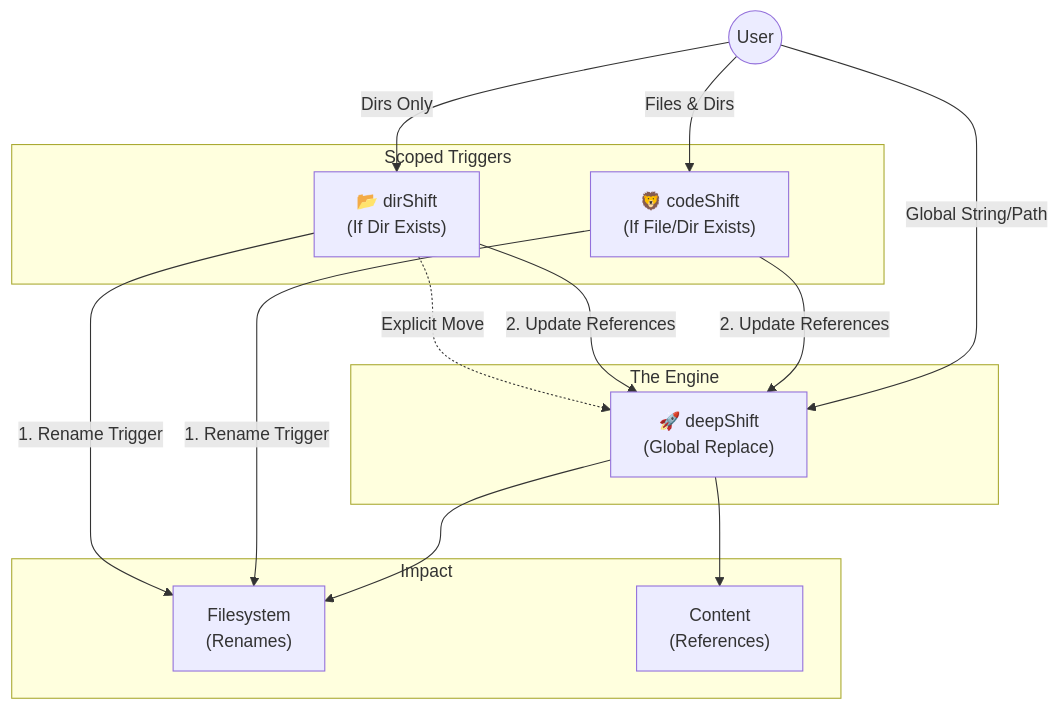
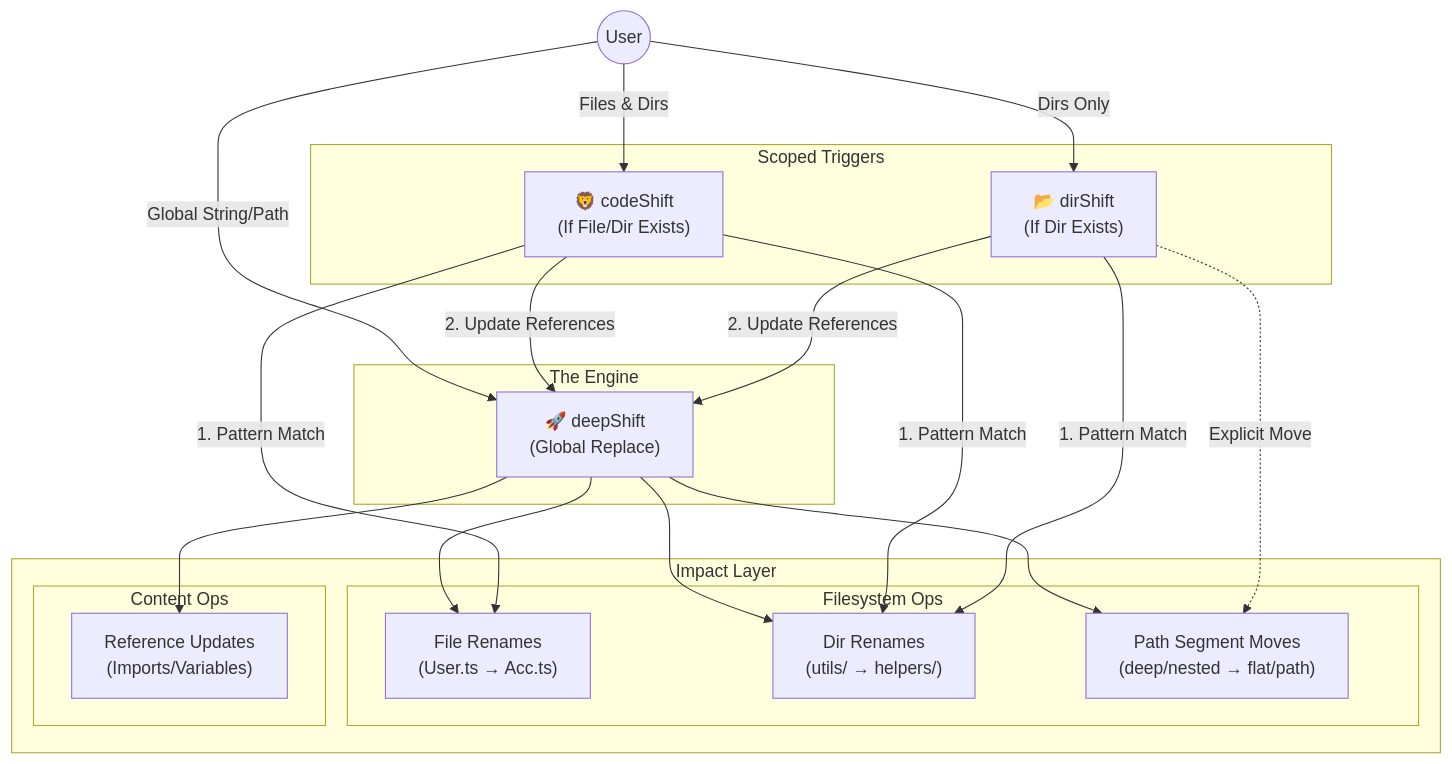
Before and after one commit to 311ecode/deepShift: the diagram in README.md, drawn with Mermaid.

Commit message:
Update DeepShift architecture diagram to clarify filesystem and content operations
uuid-stamp: 33f06d3b-6f9d-4661-a58f-32b981e3d025

````diff
--- a/README.md
+++ b/README.md
@@ -48,36 +48,46 @@
 ```mermaid
 graph TD
     User((User))
     
     subgraph "Scoped Triggers"
         CS["🦁 codeShift<br/>(If File/Dir Exists)"]
         DirS["📂 dirShift<br/>(If Dir Exists)"]
     end
 
     subgraph "The Engine"
         DS["🚀 deepShift<br/>(Global Replace)"]
     end
 
-    subgraph "Impact"
-        FS["Filesystem<br/>(Renames)"]
-        Content["Content<br/>(References)"]
+    subgraph "Impact Layer"
+        subgraph "Filesystem Ops"
+            FileRen["File Renames<br/>(User.ts → Acc.ts)"]
+            DirRen["Dir Renames<br/>(utils/ → helpers/)"]
+            PathMov["Path Segment Moves<br/>(deep/nested → flat/path)"]
+        end
+        
+        subgraph "Content Ops"
+            RefUp["Reference Updates<br/>(Imports/Variables)"]
+        end
     end
 
     %% User Flows
     User -->|Global String/Path| DS
     User -->|Files & Dirs| CS
     User -->|Dirs Only| DirS
 
     %% deepShift Logic
-    DS --> FS
-    DS --> Content
+    DS --> FileRen
+    DS --> DirRen
+    DS --> PathMov
+    DS --> RefUp
 
     %% codeShift Logic
-    CS -- "1. Rename Trigger" --> FS
+    CS -- "1. Pattern Match" --> FileRen
+    CS -- "1. Pattern Match" --> DirRen
     CS -- "2. Update References" --> DS
     
     %% dirShift Logic
-    DirS -- "1. Rename Trigger" --> FS
+    DirS -- "1. Pattern Match" --> DirRen
     DirS -- "2. Update References" --> DS
-    DirS -. "Explicit Move" .-> DS
+    DirS -. "Explicit Move" .-> PathMov
 ```
````
